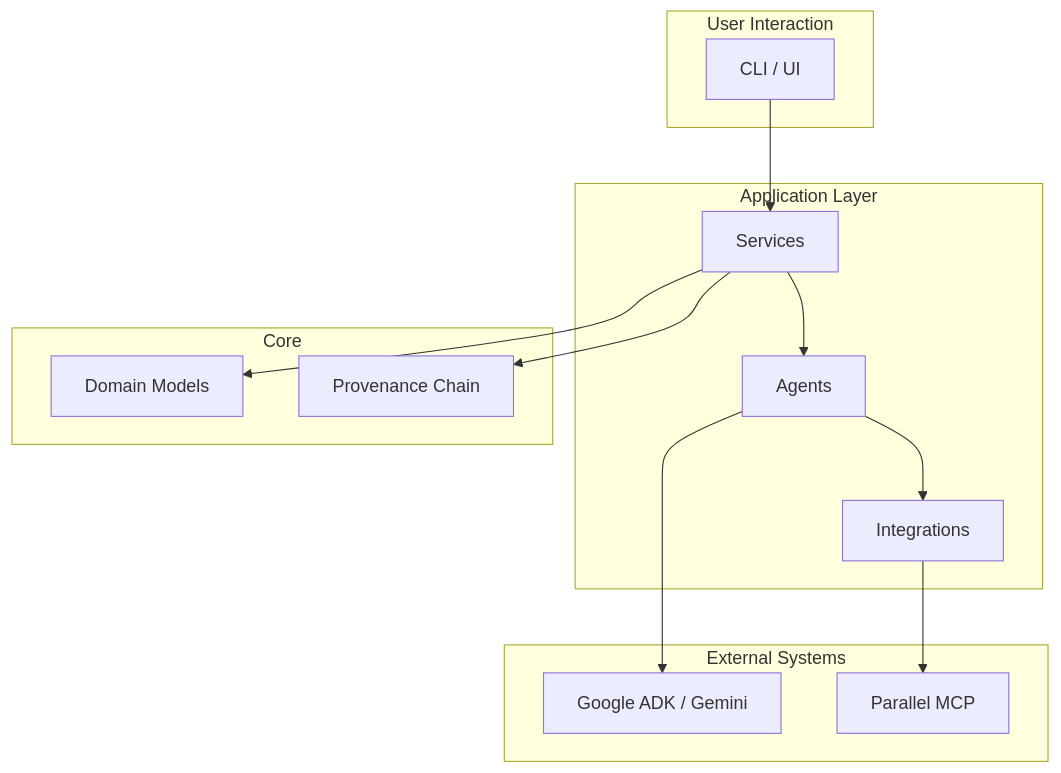
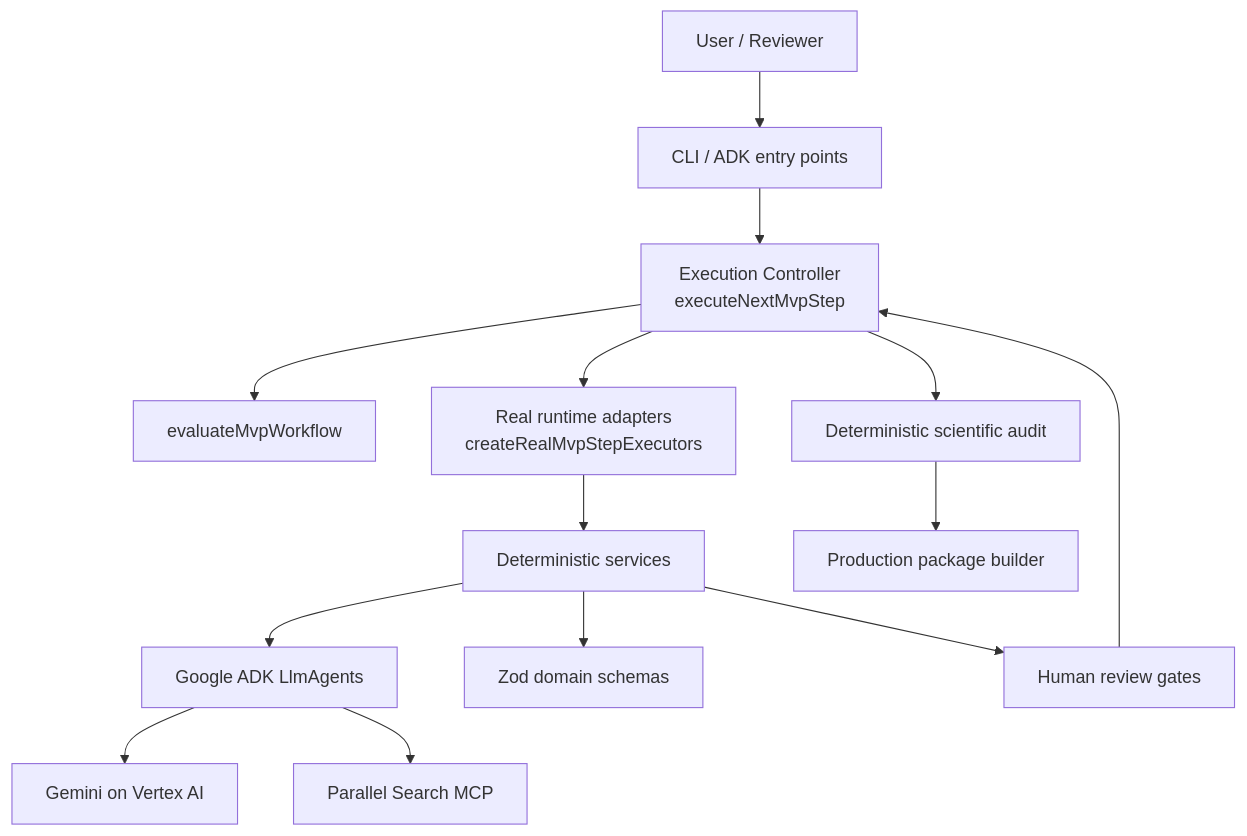
Before and after one commit to amin076/tital: the diagram in README.md, drawn with Mermaid. The commit also changed other lines of this file, not shown here.

Commit message:
docs: correct README architecture and MVP status

````diff
--- a/README.md
+++ b/README.md
@@ -19,30 +35,30 @@
 ```mermaid
 graph TD
-    subgraph User Interaction
-        A[CLI / UI]
-    end
+    U[User / Reviewer]
+    CLI[CLI / ADK entry points]
+    EC[Execution Controller\nexecuteNextMvpStep]
+    EV[evaluateMvpWorkflow]
+    RX[Real runtime adapters\ncreateRealMvpStepExecutors]
+    S[Deterministic services]
+    A[Google ADK LlmAgents]
+    G[Gemini on Vertex AI]
+    P[Parallel Search MCP]
+    D[Zod domain schemas]
+    H[Human review gates]
+    AU[Deterministic scientific audit]
+    PKG[Production package builder]
 
-    subgraph Application Layer
-        B[Services]
-        C[Agents]
-        D[Integrations]
-    end
-
-    subgraph Core
-        E[Domain Models]
-        F[Provenance Chain]
-    end
-
-    subgraph External Systems
-        G[Google ADK / Gemini]
-        H[Parallel MCP]
-    end
-
-    A --> B
-    B --> C
-    B --> E
-    B --> F
-    C --> G
-    C --> D
-    D --> H
+    U --> CLI
+    CLI --> EC
+    EC --> EV
+    EC --> RX
+    RX --> S
+    S --> A
+    A --> G
+    A --> P
+    S --> D
+    S --> H
+    H --> EC
+    EC --> AU
+    AU --> PKG
 ```
````
